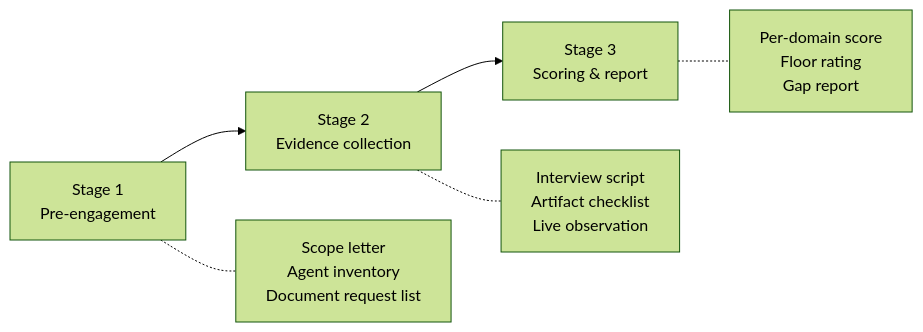
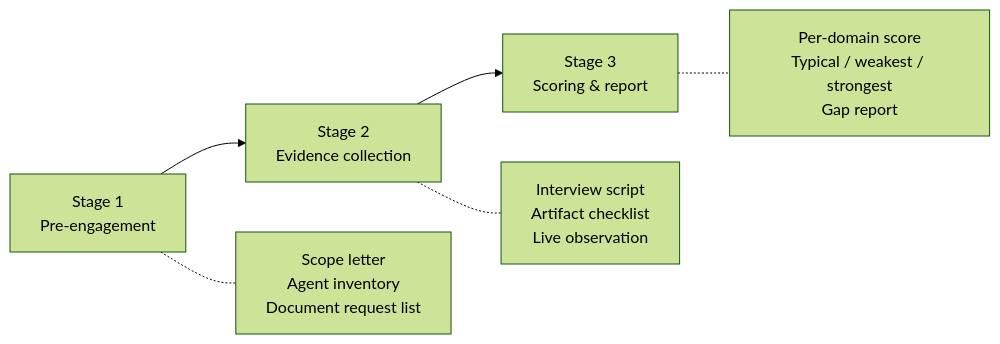
Before and after one commit to ag0x00/ai-era-wiki: the diagram in wiki/maturity-models/agentic-ai-security-cmm-measurement-protocol.md, drawn with Mermaid (forest theme). The commit also changed other lines of this file and 15 other files, not shown here.

````diff
--- a/wiki/maturity-models/agentic-ai-security-cmm-measurement-protocol.md
+++ b/wiki/maturity-models/agentic-ai-security-cmm-measurement-protocol.md
@@ -76,8 +78,8 @@
 ```mermaid
 flowchart LR
     P1[Stage 1<br/>Pre-engagement] --> P2[Stage 2<br/>Evidence collection]
     P2 --> P3[Stage 3<br/>Scoring & report]
     P1 -.- D1[Scope letter<br/>Agent inventory<br/>Document request list]
     P2 -.- D2[Interview script<br/>Artifact checklist<br/>Live observation]
-    P3 -.- D3[Per-domain score<br/>Floor rating<br/>Gap report]
+    P3 -.- D3[Per-domain score<br/>Typical / weakest / strongest<br/>Gap report]
 ```
````
